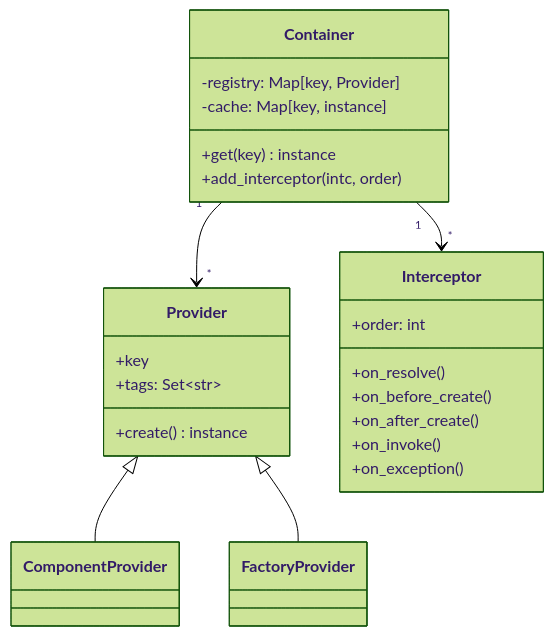
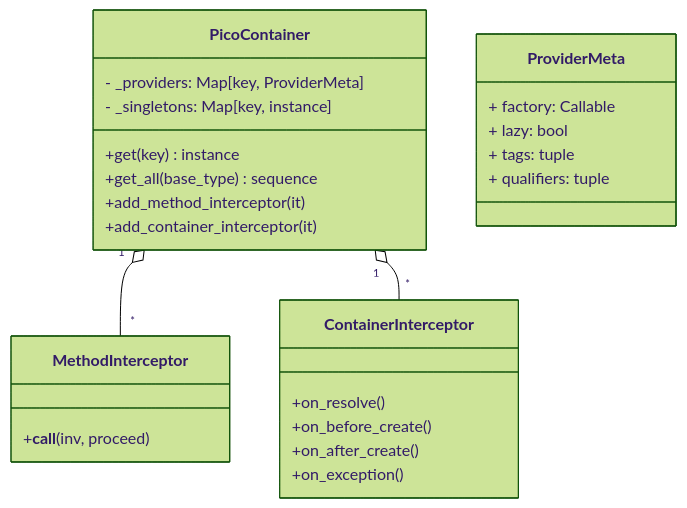
One commit to dperezcabrera/pico-ioc changed the second of 3 diagrams in .llm/ARCHITECTURE.md. Above: the diagram before and after it, drawn with Mermaid (forest theme). The commit also changed other lines of this file and 47 other files, not shown here.

````diff
--- a/.llm/ARCHITECTURE.md
+++ b/.llm/ARCHITECTURE.md
@@ -352,28 +329,28 @@
 ```mermaid
 classDiagram
-    class Container {
+    class PicoContainer {
       +get(key) instance
-      -registry: Map[key, Provider]
-      -cache: Map[key, instance]
-      +add_interceptor(intc, order)
+      +get_all(base_type) sequence
+      +add_method_interceptor(it)
+      +add_container_interceptor(it)
+      - _providers: Map[key, ProviderMeta]
+      - _singletons: Map[key, instance]
     }
-    class Provider {
-      +create() instance
-      +key
-      +tags: Set~str~
+    class ProviderMeta {
+      + factory: Callable
+      + lazy: bool
+      + tags: tuple
+      + qualifiers: tuple
     }
-    class ComponentProvider
-    class FactoryProvider
-    class Interceptor {
+    class MethodInterceptor {
+      +__call__(inv, proceed)
+    }
+    class ContainerInterceptor {
       +on_resolve()
       +on_before_create()
       +on_after_create()
-      +on_invoke()
       +on_exception()
-      +order: int
     }
-    Container "1" --> "*" Provider
-    Container "1" --> "*" Interceptor
-    Provider <|-- ComponentProvider
-    Provider <|-- FactoryProvider
+    PicoContainer "1" o-- "*" MethodInterceptor
+    PicoContainer "1" o-- "*" ContainerInterceptor
 ```
````
